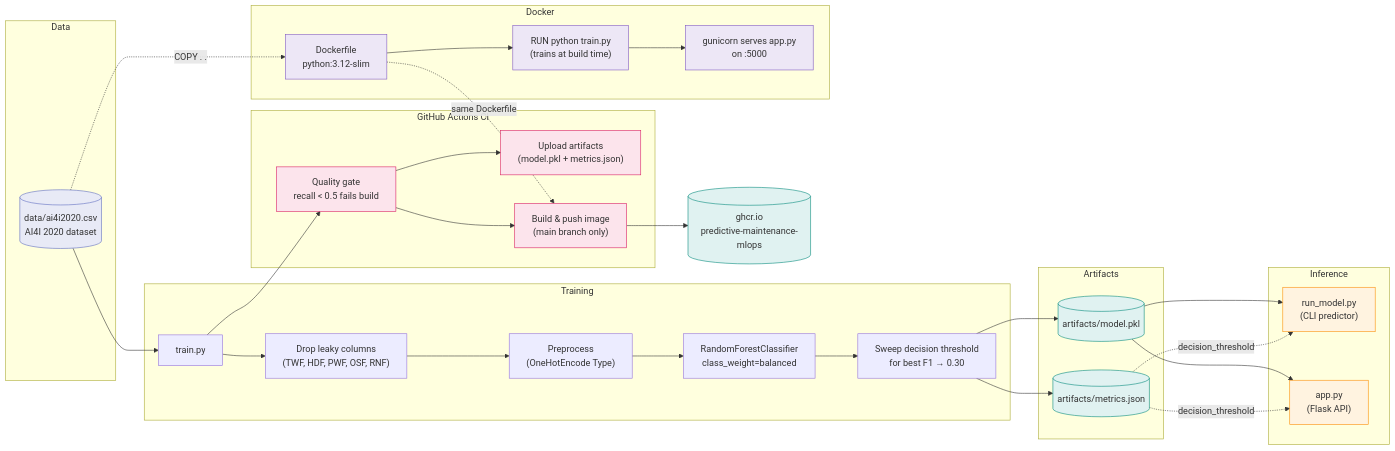
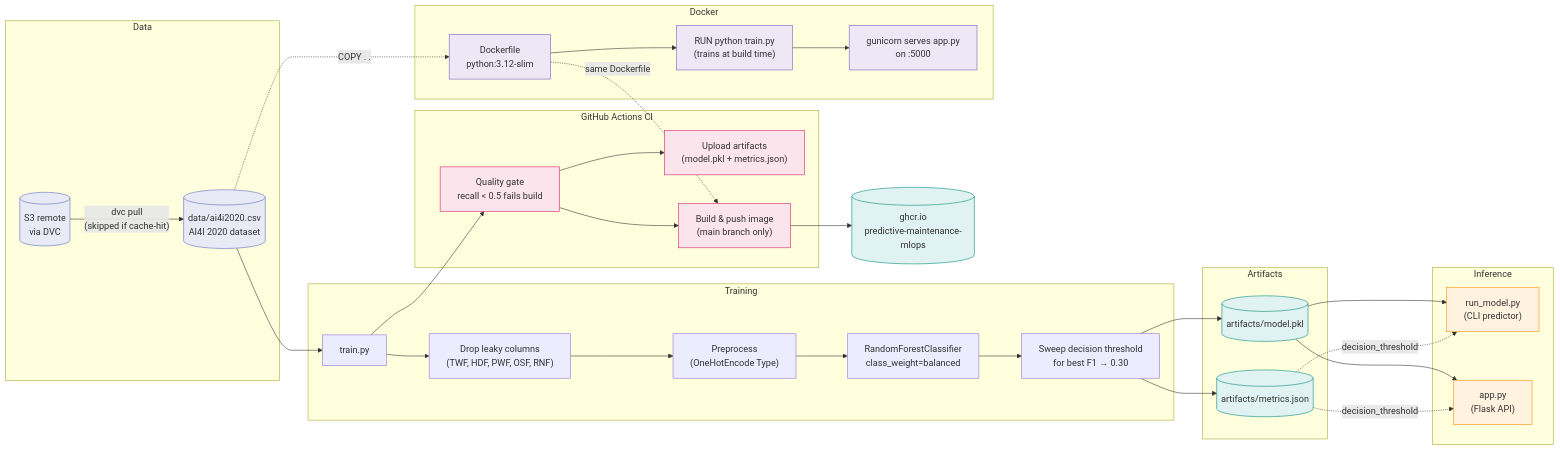
Before and after one commit to im-sathiyan-baskaran/predictive-maintenance-mlops: the diagram in README.md, drawn with Mermaid. The commit also changed other lines of this file, not shown here.

Commit message:
docs: document DVC data versioning, update CI section and diagram

````diff
--- a/README.md
+++ b/README.md
@@ -15,64 +15,67 @@
 ```mermaid
 flowchart LR
     subgraph Data
+        S3[("S3 remote\nvia DVC")]
         A[("data/ai4i2020.csv\nAI4I 2020 dataset")]
+        S3 -- "dvc pull\n(skipped if cache-hit)" --> A
     end
 
     subgraph Training
         B["train.py"]
         B1["Drop leaky columns\n(TWF, HDF, PWF, OSF, RNF)"]
         B2["Preprocess\n(OneHotEncode Type)"]
         B3["RandomForestClassifier\nclass_weight=balanced"]
         B4["Sweep decision threshold\nfor best F1 → 0.30"]
     end
 
     subgraph Artifacts
         C1[("artifacts/model.pkl")]
         C2[("artifacts/metrics.json")]
     end
 
     subgraph Inference
         D1["run_model.py\n(CLI predictor)"]
         D2["app.py\n(Flask API)"]
     end
 
     subgraph Container["Docker"]
         E1["Dockerfile\npython:3.12-slim"]
         E2["RUN python train.py\n(trains at build time)"]
         E3["gunicorn serves app.py\non :5000"]
     end
 
     subgraph CI["GitHub Actions CI"]
         F["Quality gate\nrecall < 0.5 fails build"]
         G["Upload artifacts\n(model.pkl + metrics.json)"]
         H["Build & push image\n(main branch only)"]
     end
 
     R[("ghcr.io\npredictive-maintenance-mlops")]
 
     A --> B --> B1 --> B2 --> B3 --> B4
     B4 --> C1
     B4 --> C2
     C1 --> D1
     C1 --> D2
     C2 -. "decision_threshold" .-> D1
     C2 -. "decision_threshold" .-> D2
     B --> F --> G
     F --> H
     A -. "COPY . ." .-> E1 --> E2 --> E3
     E1 -. "same Dockerfile" .-> H
     H --> R
 
+    style S3 fill:#e8eaf6,stroke:#5c6bc0
     style A fill:#e8eaf6,stroke:#5c6bc0
     style C1 fill:#e0f2f1,stroke:#00897b
     style C2 fill:#e0f2f1,stroke:#00897b
     style D1 fill:#fff3e0,stroke:#fb8c00
     style D2 fill:#fff3e0,stroke:#fb8c00
     style E1 fill:#ede7f6,stroke:#7e57c2
     style E2 fill:#ede7f6,stroke:#7e57c2
     style E3 fill:#ede7f6,stroke:#7e57c2
     style F fill:#fce4ec,stroke:#d81b60
     style G fill:#fce4ec,stroke:#d81b60
     style H fill:#fce4ec,stroke:#d81b60
     style R fill:#e0f2f1,stroke:#00897b
 ```
````
